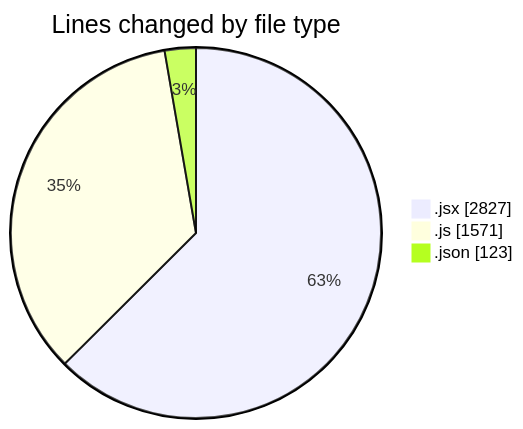
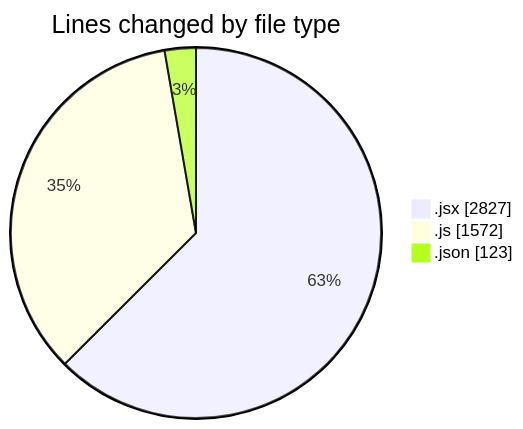
Before and after one commit to nxtqubesakshisongat/code-tracking: the first of 2 diagrams in 2025-12-28/nxtqube_webapp/README.md, drawn with Mermaid. The commit also changed other lines of this file and 1 other file, not shown here.

````diff
--- a/2025-12-28/nxtqube_webapp/README.md
+++ b/2025-12-28/nxtqube_webapp/README.md
@@ -27,7 +27,7 @@
 ```mermaid
 pie showData
 title Lines changed by file type
 ".jsx" : 2827
-".js" : 1571
+".js" : 1572
 ".json" : 123
 ```
````
